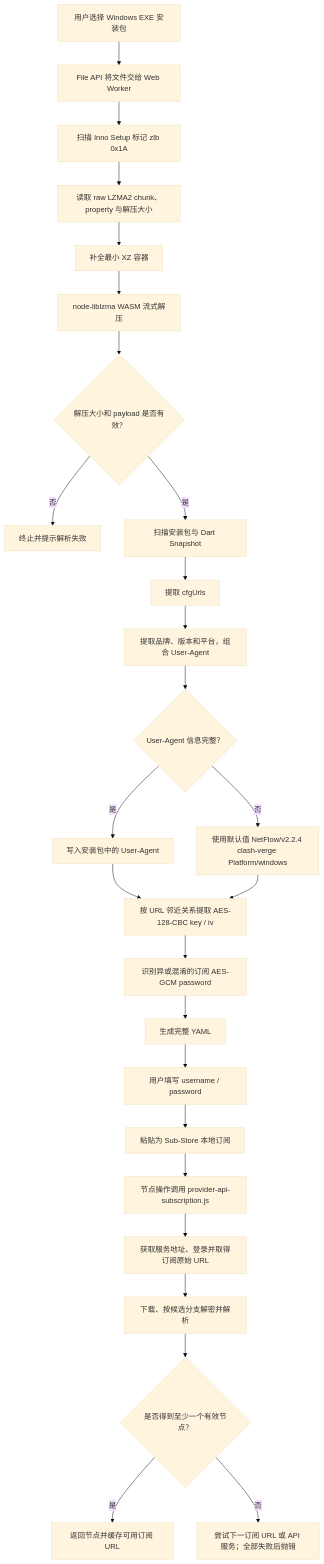
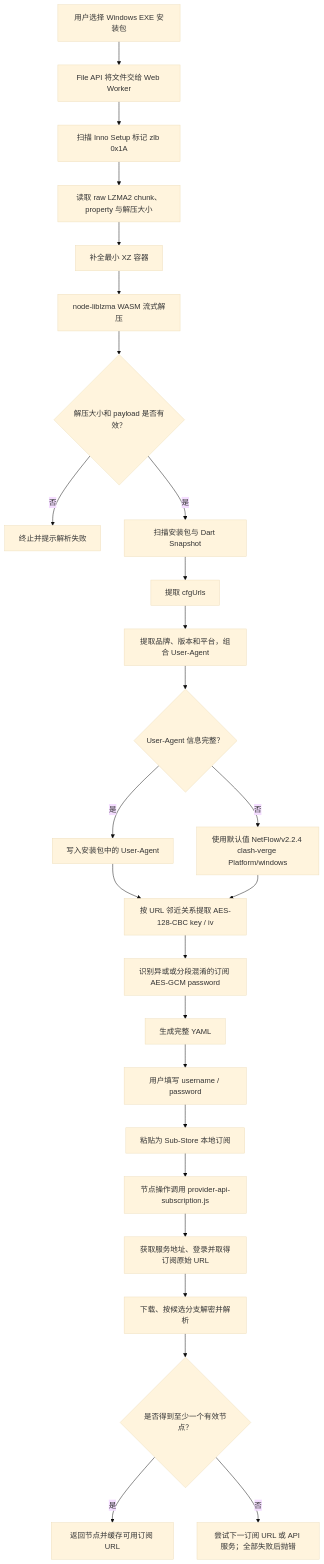
Before and after one commit to alecthw/sub-cfg-export: the first of 3 diagrams in README.md, drawn with Mermaid (base theme). The commit also changed other lines of this file and 14 other files, not shown here.

````diff
--- a/README.md
+++ b/README.md
@@ -39,28 +51,28 @@
 ```mermaid
 flowchart TD
     A["用户选择 Windows EXE 安装包"] --> B["File API 将文件交给 Web Worker"]
     B --> C["扫描 Inno Setup 标记 zlb 0x1A"]
     C --> D["读取 raw LZMA2 chunk、property 与解压大小"]
     D --> E["补全最小 XZ 容器"]
     E --> F["node-liblzma WASM 流式解压"]
     F --> G{"解压大小和 payload 是否有效？"}
     G -- "否" --> X1["终止并提示解析失败"]
     G -- "是" --> H["扫描安装包与 Dart Snapshot"]
     H --> I["提取 cfgUrls"]
     I --> J["提取品牌、版本和平台，组合 User-Agent"]
     J --> J1{"User-Agent 信息完整？"}
     J1 -- "是" --> J2["写入安装包中的 User-Agent"]
     J1 -- "否" --> J3["使用默认值 NetFlow/v2.2.4 clash-verge Platform/windows"]
     J2 --> K["按 URL 邻近关系提取 AES-128-CBC key / iv"]
     J3 --> K
-    K --> L["识别异或混淆的订阅 AES-GCM password"]
+    K --> L["识别异或或分段混淆的订阅 AES-GCM password"]
     L --> M["生成完整 YAML"]
     M --> N["用户填写 username / password"]
     N --> O["粘贴为 Sub-Store 本地订阅"]
     O --> P["节点操作调用 provider-api-subscription.js"]
     P --> Q["获取服务地址、登录并取得订阅原始 URL"]
     Q --> R["下载、按候选分支解密并解析"]
     R --> S{"是否得到至少一个有效节点？"}
     S -- "是" --> T["返回节点并缓存可用订阅 URL"]
     S -- "否" --> X2["尝试下一订阅 URL 或 API 服务；全部失败后抛错"]
 ```
````
